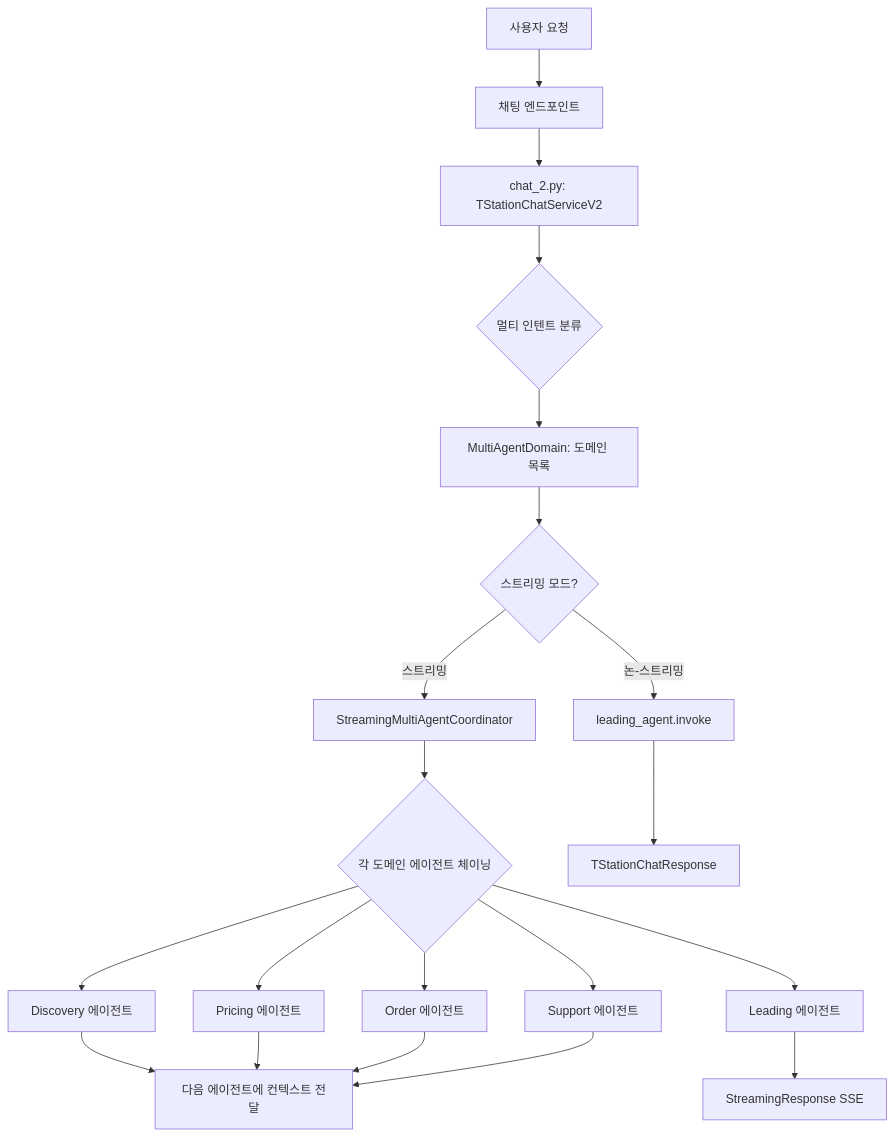
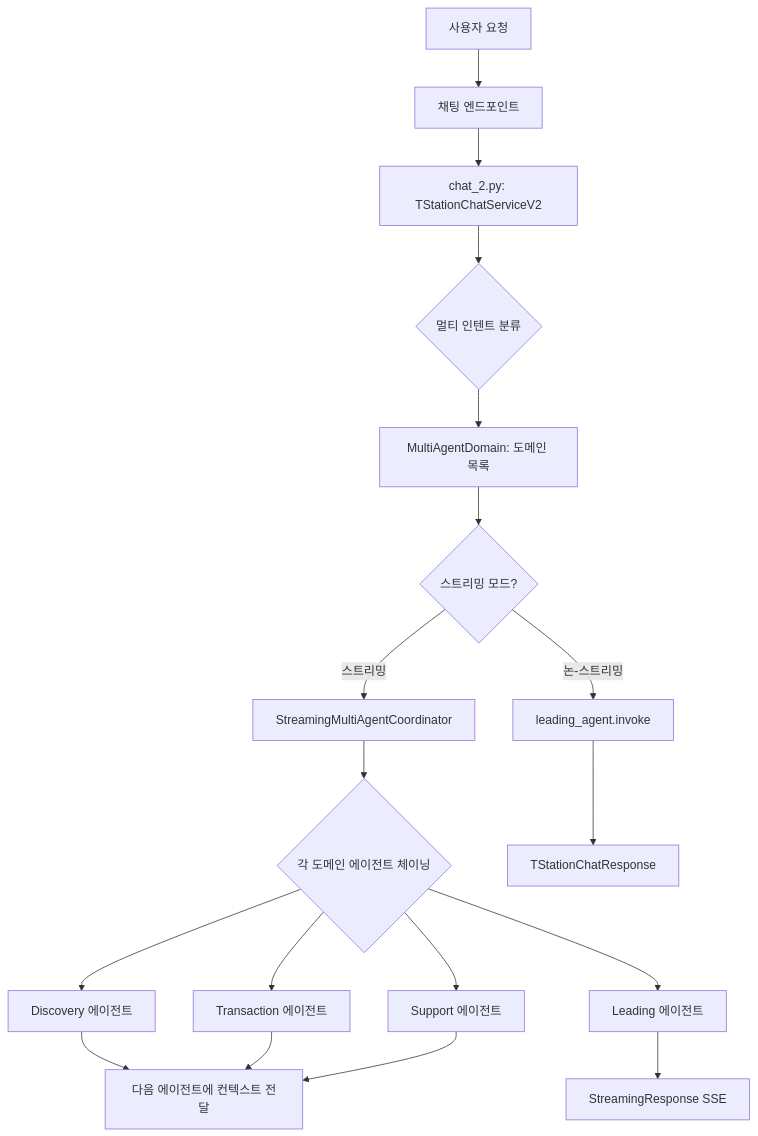
The first of 2 diagrams in docs/feat/tstation-chat/README.ko.md (MinKhaungMinLwin/AI-Orchestration-Agent), drawn with Mermaid before and after one commit. The commit also changed other lines of this file and 7 other files, not shown here.

````diff
--- a/docs/feat/tstation-chat/README.ko.md
+++ b/docs/feat/tstation-chat/README.ko.md
@@ -24,26 +24,24 @@
 ```mermaid
 graph TB
     A[사용자 요청] --> B[채팅 엔드포인트]
     B --> C[chat_2.py: TStationChatServiceV2]
     C --> D{멀티 인텐트 분류}
     D --> E[MultiAgentDomain: 도메인 목록]
 
     E --> F{스트리밍 모드?}
     F -->|스트리밍| G[StreamingMultiAgentCoordinator]
     F -->|논-스트리밍| H[leading_agent.invoke]
 
     G --> I{각 도메인 에이전트 체이닝}
     I --> J[Discovery 에이전트]
-    I --> K[Pricing 에이전트]
-    I --> L[Order 에이전트]
-    I --> M[Support 에이전트]
-    I --> N[Leading 에이전트]
+    I --> K[Transaction 에이전트]
+    I --> L[Support 에이전트]
+    I --> M[Leading 에이전트]
 
     J --> O[다음 에이전트에 컨텍스트 전달]
     K --> O
     L --> O
-    M --> O
-    N --> P[StreamingResponse SSE]
+    M --> P[StreamingResponse SSE]
 
     H --> Q[TStationChatResponse]
 ```
````
